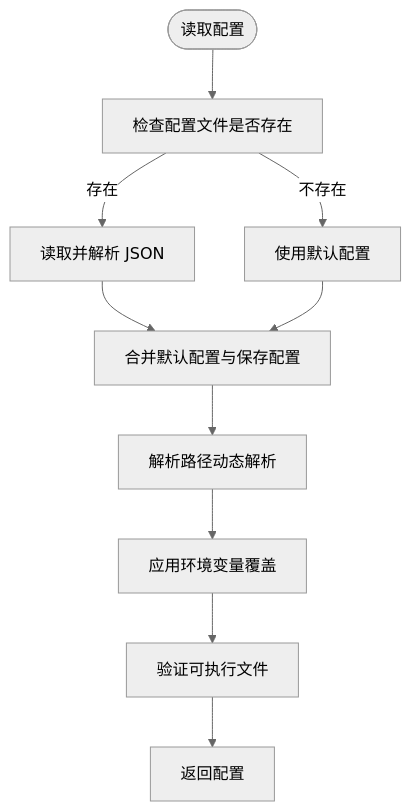
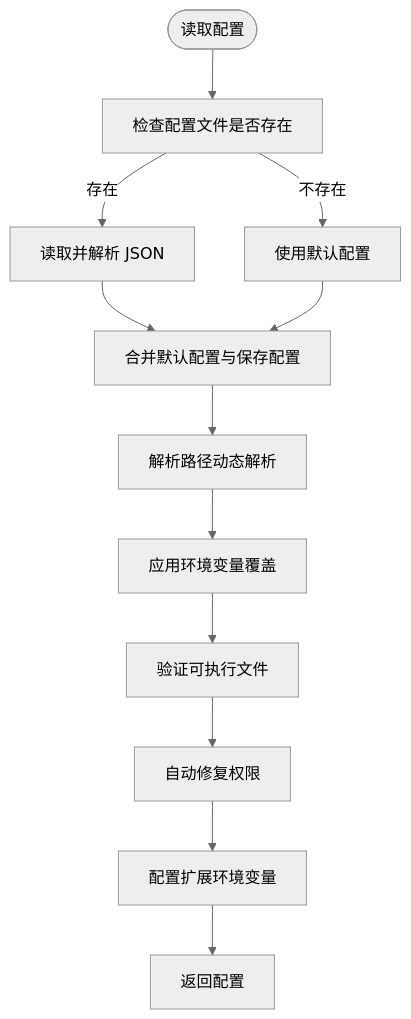
The third of 11 diagrams in .qoder/repowiki/zh/content/核心功能模块/Whisper 配置管理.md (clawbotai/memo-flow), drawn with Mermaid (neutral theme) before and after one commit. The commit also changed other lines of this file and 12 other files, not shown here.

````diff
--- a/.qoder/repowiki/zh/content/核心功能模块/Whisper 配置管理.md
+++ b/.qoder/repowiki/zh/content/核心功能模块/Whisper 配置管理.md
@@ -195,12 +208,14 @@
 ```mermaid
 flowchart TD
 Start(["读取配置"]) --> CheckFile["检查配置文件是否存在"]
 CheckFile --> |存在| ReadFile["读取并解析 JSON"]
 CheckFile --> |不存在| UseDefault["使用默认配置"]
 ReadFile --> Merge["合并默认配置与保存配置"]
 UseDefault --> Merge
 Merge --> ResolvePaths["解析路径动态解析"]
 ResolvePaths --> EnvOverride["应用环境变量覆盖"]
 EnvOverride --> Validate["验证可执行文件"]
-Validate --> Return["返回配置"]
+Validate --> AutoFix["自动修复权限"]
+AutoFix --> ExtendedEnv["配置扩展环境变量"]
+ExtendedEnv --> Return["返回配置"]
 ```
````
